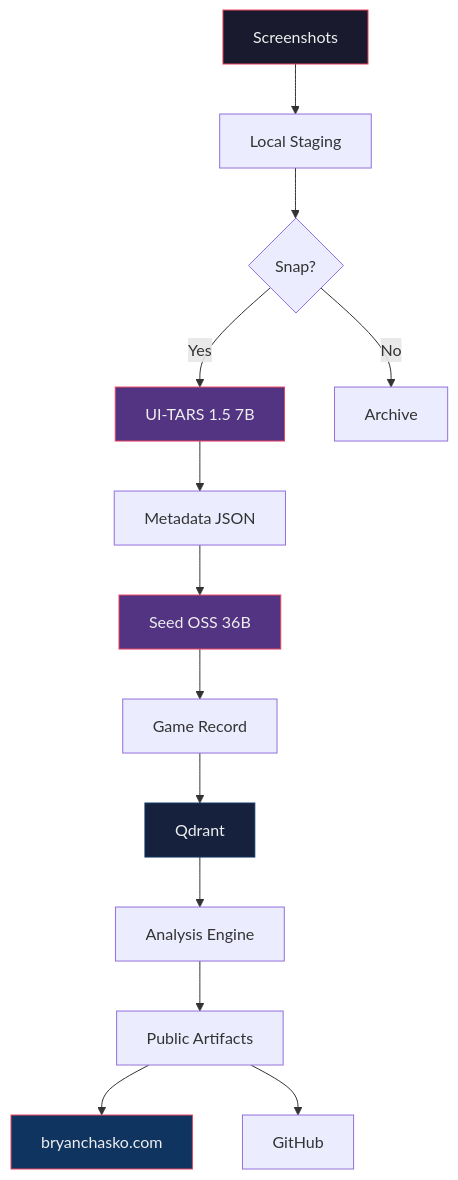
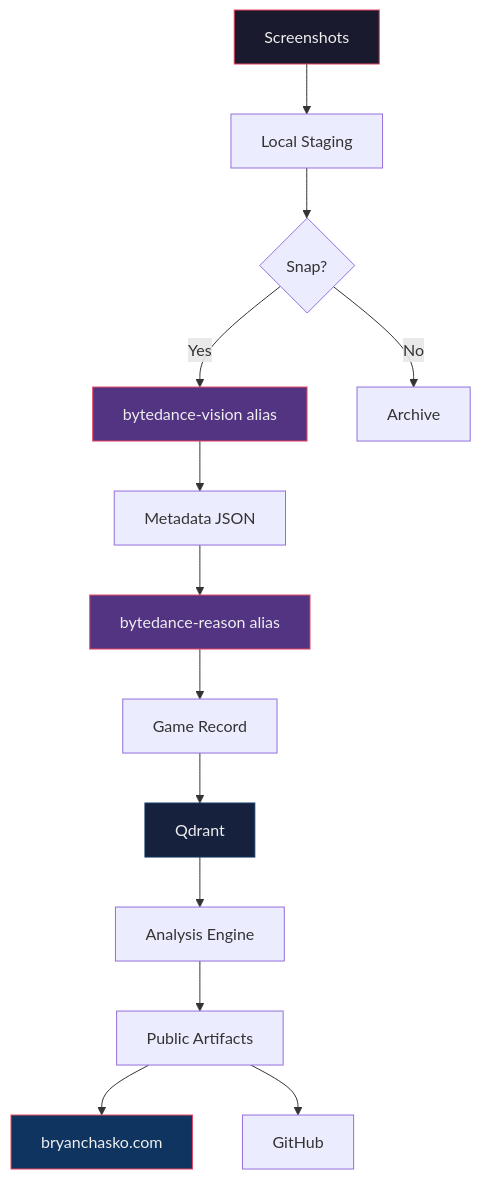
Before and after one commit to BryanChasko/marvel-snap-bytedance-bryanchasko: the diagram in README.md, drawn with Mermaid. The commit also changed other lines of this file and 14 other files, not shown here.

````diff
--- a/README.md
+++ b/README.md
@@ -29,21 +29,21 @@
 ```mermaid
 graph TD
     A[Screenshots] --> B[Local Staging]
     B --> C{Snap?}
-    C -->|Yes| D[UI-TARS 1.5 7B]
+    C -->|Yes| D[bytedance-vision alias]
     C -->|No| E[Archive]
     D --> F[Metadata JSON]
-    F --> G[Seed OSS 36B]
+    F --> G[bytedance-reason alias]
     G --> H[Game Record]
     H --> I[Qdrant]
     I --> J[Analysis Engine]
     J --> K[Public Artifacts]
     K --> L[bryanchasko.com]
     K --> M[GitHub]
 
     style A fill:#1a1a2e,stroke:#e94560,color:#eee
     style D fill:#533483,stroke:#e94560,color:#eee
     style G fill:#533483,stroke:#e94560,color:#eee
     style I fill:#16213e,stroke:#0f3460,color:#eee
     style L fill:#0f3460,stroke:#e94560,color:#eee
 ```
````
